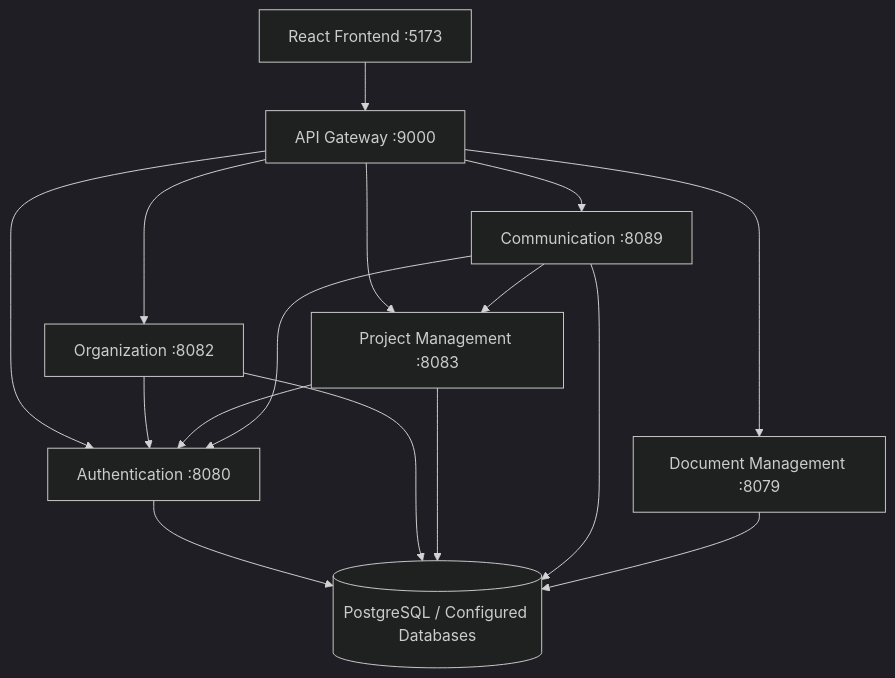
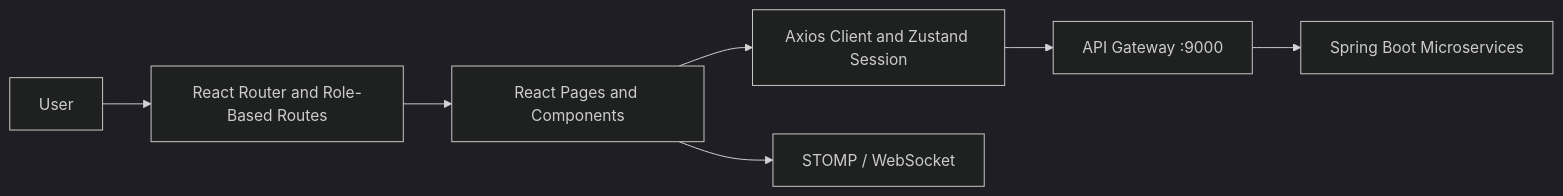
The diagram in README.md (FATIMA-BOUSMITI/Platform-collaboration-ocp-frontend), drawn with Mermaid (dark theme) before and after one commit. The commit also changed other lines of this file, not shown here.

````diff
--- a/README.md
+++ b/README.md
@@ -45,18 +48,9 @@
 ```mermaid
-flowchart TD
-    F[React Frontend :5173] --> G[API Gateway :9000]
-    G --> A[Authentication :8080]
-    G --> U[Organization :8082]
-    G --> P[Project Management :8083]
-    G --> C[Communication :8089]
-    G --> D[Document Management :8079]
-    U --> A
-    P --> A
-    C --> A
-    C --> P
-    A --> DB[(PostgreSQL / Configured Databases)]
-    U --> DB
-    P --> DB
-    C --> DB
-    D --> DB
+flowchart LR
+    U[User] --> R[React Router and Role-Based Routes]
+    R --> P[React Pages and Components]
+    P --> A[Axios Client and Zustand Session]
+    A --> G[API Gateway :9000]
+    G --> S[Spring Boot Microservices]
+    P --> W[STOMP / WebSocket]
 ```
````
